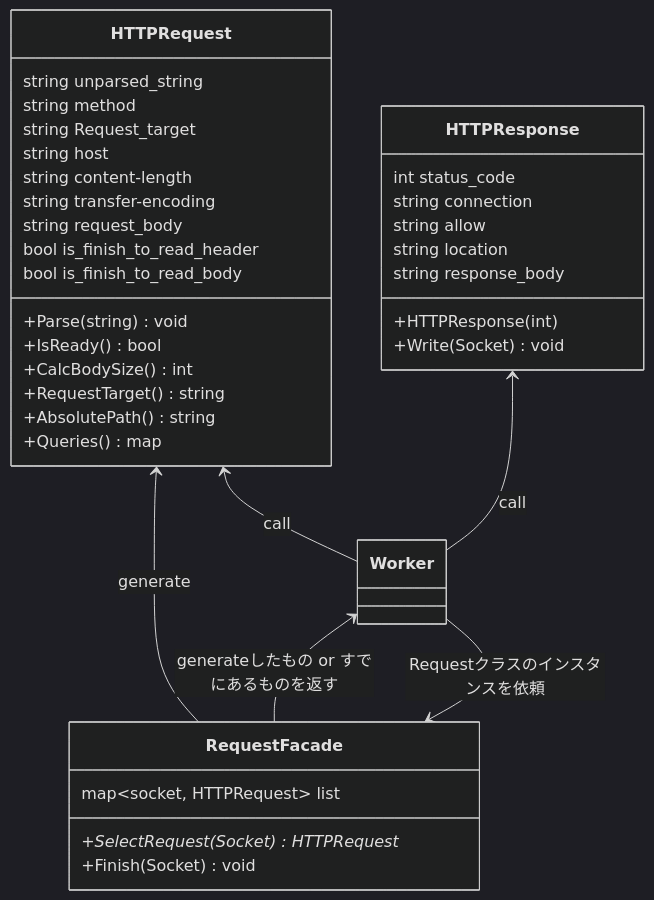
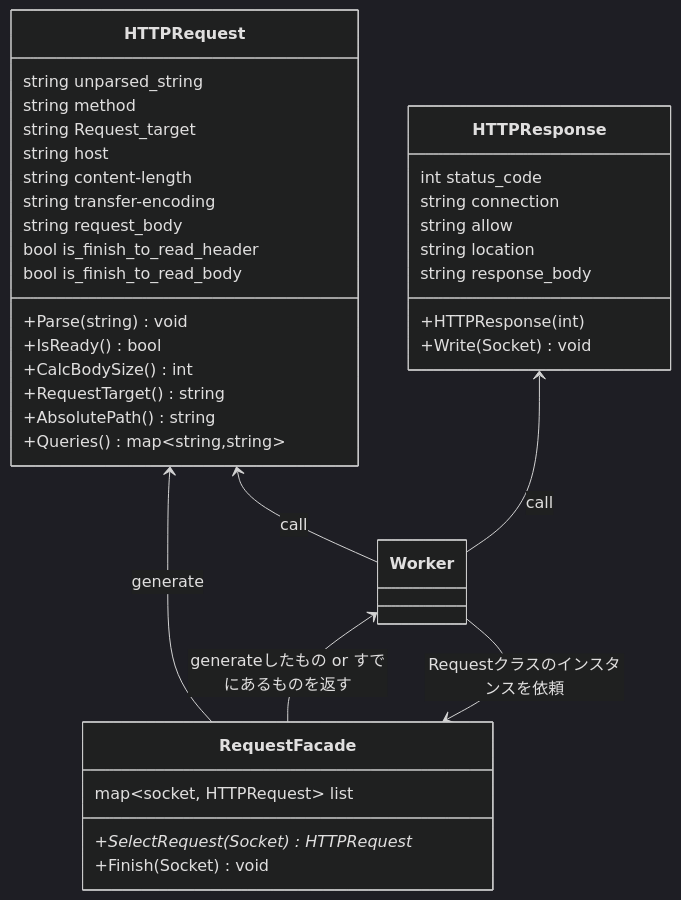
One commit to katataku/webserv changed the diagram in docs/class/http_class.md. Above: the diagram before and after it, drawn with Mermaid (dark theme). The commit also changed 1 other file, not shown here.

Commit message:
fix/誤記修正

````diff
--- a/docs/class/http_class.md
+++ b/docs/class/http_class.md
@@ -1,49 +1,49 @@
 ```mermaid
 classDiagram
    class RequestFacade{
         map~socket, HTTPRequest~ list
         +SelectRequest(Socket) HTTPRequest*
         +Finish(Socket) void
     }
 
     %% TODO: CalcBodySize()の詳細を詰める && nginxのmax_body_sizeも確認 %%
     class HTTPRequest{
         string unparsed_string
         string method
         string Request_target
         string host
         string content-length
         string transfer-encoding
         string request_body
         bool is_finish_to_read_header
         bool is_finish_to_read_body
         
         +Parse(string) void
         +IsReady() bool
         +CalcBodySize() int
         +RequestTarget() string
         +AbsolutePath() string
-        +Queries() map<string,string>
+        +Queries() map~string,string~
     }
 
     class HTTPResponse{
         int status_code
         string connection
         string allow
         string location
         string response_body
 
         +HTTPResponse(int)
         +Write(Socket) void
     }
 
 
 HTTPRequest <-- RequestFacade : generate
 
 Worker <-- RequestFacade : generateしたもの or すでにあるものを返す
 Worker --> RequestFacade : Requestクラスのインスタンスを依頼
 
 
 HTTPRequest  <--  Worker :call
 HTTPResponse  <--  Worker :call
 ```
````
